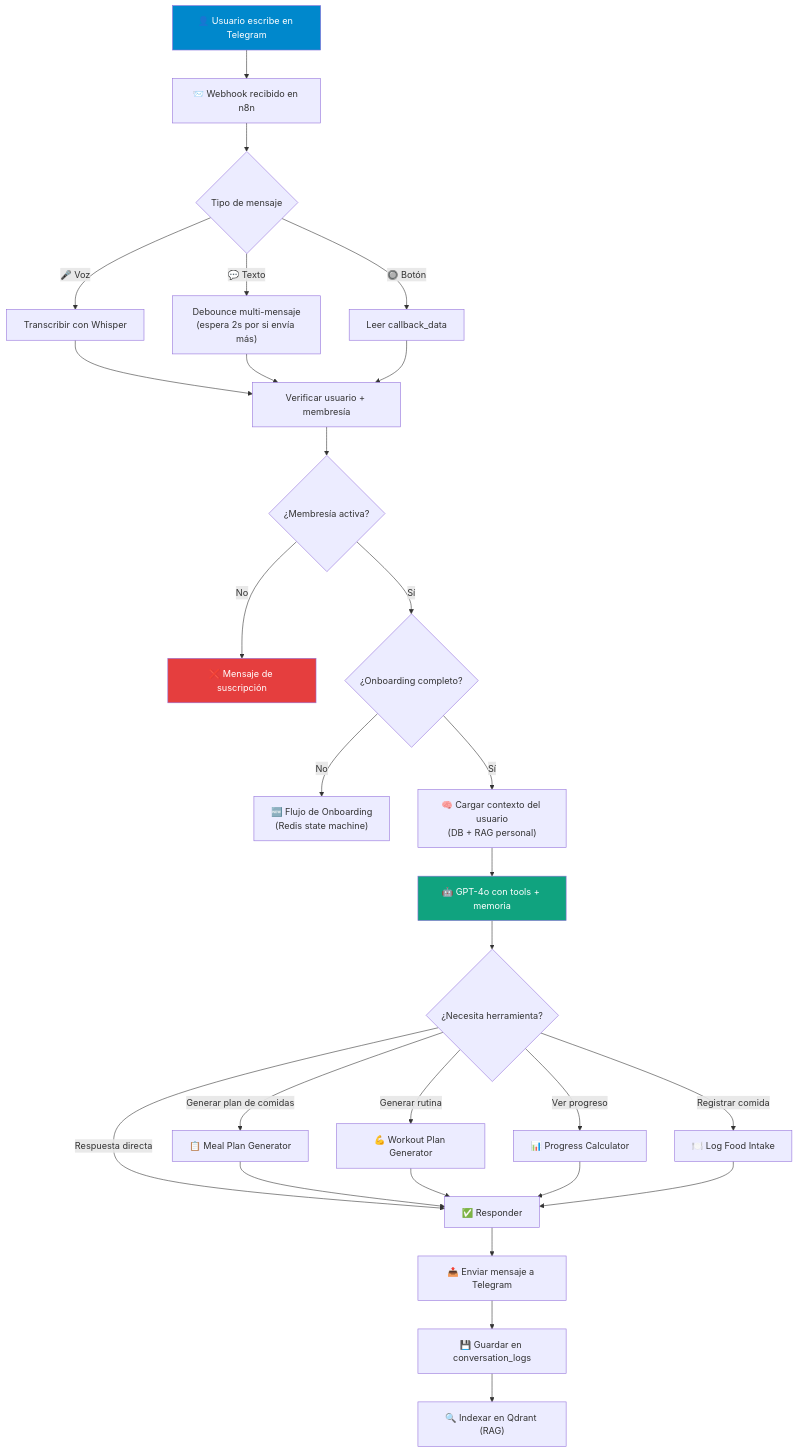
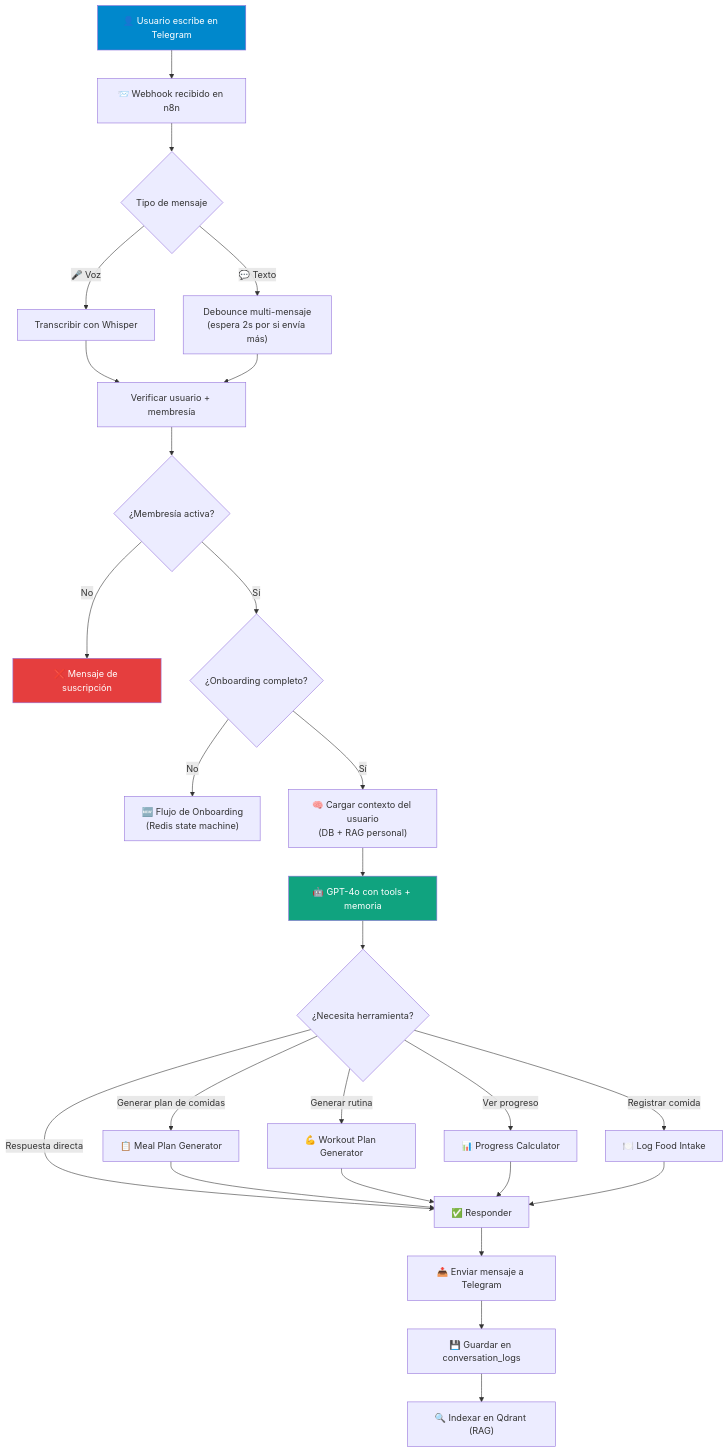
The third of 6 diagrams in README.md (mauroibarra/asistente-nutrition-fitness), drawn with Mermaid before and after one commit. The commit also changed other lines of this file and 1 other file, not shown here.

Commit message:
docs: remove callback_query references from all READMEs
Handler now only processes text and voice — no inline keyboards exist.
Updated README.md flow diagram, setWebhook allowed_updates, and
src/bot/handlers/README.md sequence/flowchart diagrams and handlers table.

````diff
--- a/README.md
+++ b/README.md
@@ -84,29 +84,28 @@
 ```mermaid
 flowchart TD
     A["👤 Usuario escribe en Telegram"] --> B["📨 Webhook recibido en n8n"]
     B --> C{Tipo de mensaje}
     C -->|"🎤 Voz"| D["Transcribir con Whisper"]
     C -->|"💬 Texto"| E["Debounce multi-mensaje\n(espera 2s por si envía más)"]
-    C -->|"🔘 Botón"| F["Leer callback_data"]
-    D & E & F --> G["Verificar usuario + membresía"]
+    D & E --> G["Verificar usuario + membresía"]
     G --> H{¿Membresía activa?}
     H -->|"No"| I["❌ Mensaje de suscripción"]
     H -->|"Sí"| J{¿Onboarding completo?}
     J -->|"No"| K["🆕 Flujo de Onboarding\n(Redis state machine)"]
     J -->|"Sí"| L["🧠 Cargar contexto del usuario\n(DB + RAG personal)"]
     L --> M["🤖 GPT-4o con tools + memoria"]
     M --> N{¿Necesita herramienta?}
     N -->|"Generar plan de comidas"| O["📋 Meal Plan Generator"]
     N -->|"Generar rutina"| P["💪 Workout Plan Generator"]
     N -->|"Ver progreso"| Q["📊 Progress Calculator"]
     N -->|"Registrar comida"| R["🍽️ Log Food Intake"]
     N -->|"Respuesta directa"| S["✅ Responder"]
     O & P & Q & R --> S
     S --> T["📤 Enviar mensaje a Telegram"]
     T --> U["💾 Guardar en conversation_logs"]
     U --> V["🔍 Indexar en Qdrant (RAG)"]
 
     style A fill:#0088cc,color:#fff
     style M fill:#10a37f,color:#fff
     style I fill:#e53e3e,color:#fff
 ```
````
